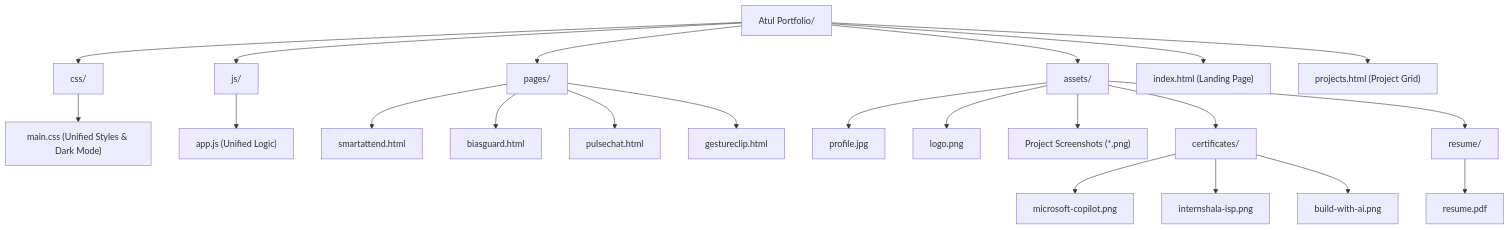
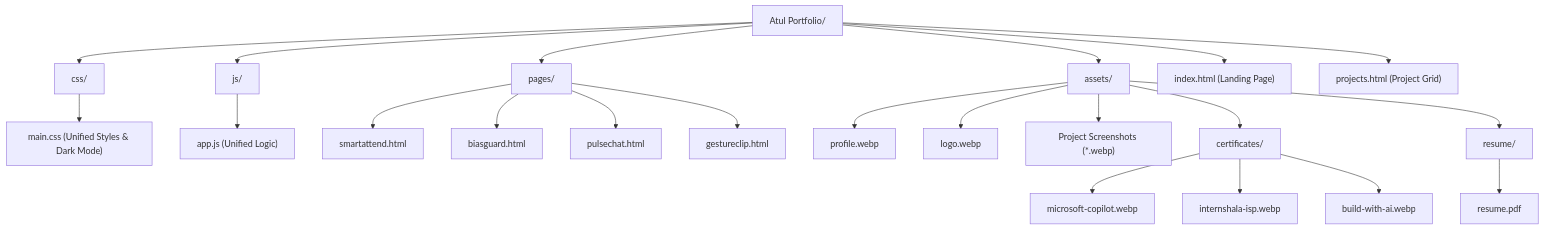
Before and after one commit to minegameing50/minegameing50.github.io: the diagram in PROJECT_STRUCTURE.md, drawn with Mermaid. The commit also changed 10 other files, not shown here.

````diff
--- a/PROJECT_STRUCTURE.md
+++ b/PROJECT_STRUCTURE.md
@@ -11,30 +11,30 @@
 ```mermaid
 graph TD;
     Root["Atul Portfolio/"] --> Assets["assets/"];
     Root --> CSS["css/"];
     Root --> JS["js/"];
     Root --> Pages["pages/"];
     
     Root --> Index["index.html (Landing Page)"];
     Root --> Projects["projects.html (Project Grid)"];
     
     CSS --> MainCSS["main.css (Unified Styles & Dark Mode)"];
     JS --> AppJS["app.js (Unified Logic)"];
     
     Pages --> SA["smartattend.html"];
     Pages --> BG["biasguard.html"];
     Pages --> PC["pulsechat.html"];
     Pages --> GC["gestureclip.html"];
     
-    Assets --> Profile["profile.jpg"];
-    Assets --> Logo["logo.png"];
-    Assets --> ProjImgs["Project Screenshots (*.png)"];
+    Assets --> Profile["profile.webp"];
+    Assets --> Logo["logo.webp"];
+    Assets --> ProjImgs["Project Screenshots (*.webp)"];
     
     Assets --> Certs["certificates/"];
-    Certs --> Cert1["microsoft-copilot.png"];
-    Certs --> Cert2["internshala-isp.png"];
-    Certs --> Cert3["build-with-ai.png"];
+    Certs --> Cert1["microsoft-copilot.webp"];
+    Certs --> Cert2["internshala-isp.webp"];
+    Certs --> Cert3["build-with-ai.webp"];
     
     Assets --> Res["resume/"];
     Res --> Resume["resume.pdf"];
 ```
````
